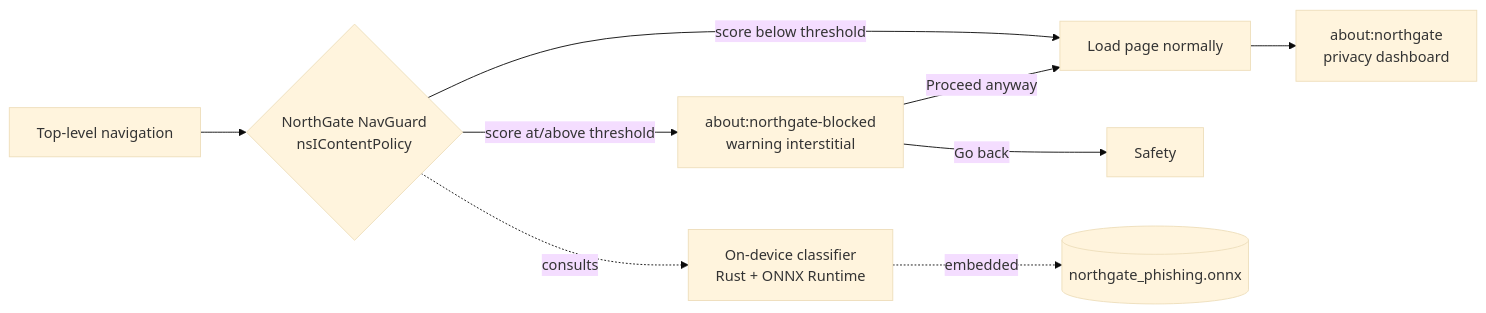
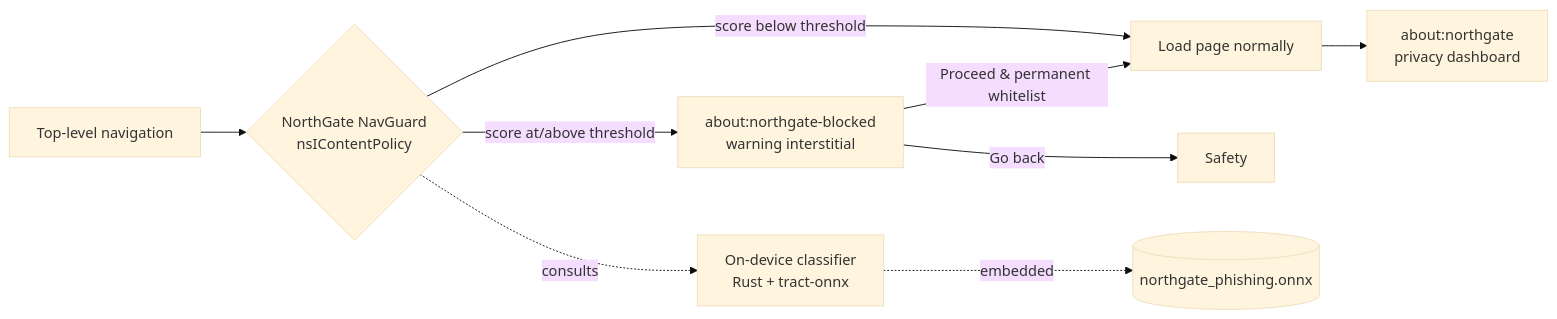
The diagram in README.md (eduolihez/northgate-browser), drawn with Mermaid (base theme) before and after one commit. The commit also changed other lines of this file and 2 other files, not shown here.

Commit message:
docs: Add Architecture design document and FAQ wiki guides

````diff
--- a/README.md
+++ b/README.md
@@ -34,11 +35,11 @@
 ```mermaid
 flowchart LR
     A[Top-level navigation] --> B{NorthGate NavGuard<br/>nsIContentPolicy}
     B -->|score below threshold| C[Load page normally]
     B -->|score at/above threshold| D[about:northgate-blocked<br/>warning interstitial]
     D -->|Go back| E[Safety]
-    D -->|Proceed anyway| C
-    B -. consults .-> F[On-device classifier<br/>Rust + ONNX Runtime]
+    D -->|Proceed & permanent whitelist| C
+    B -. consults .-> F[On-device classifier<br/>Rust + tract-onnx]
     F -. embedded .-> G[(northgate_phishing.onnx)]
     C --> H[about:northgate<br/>privacy dashboard]
 ```
````
